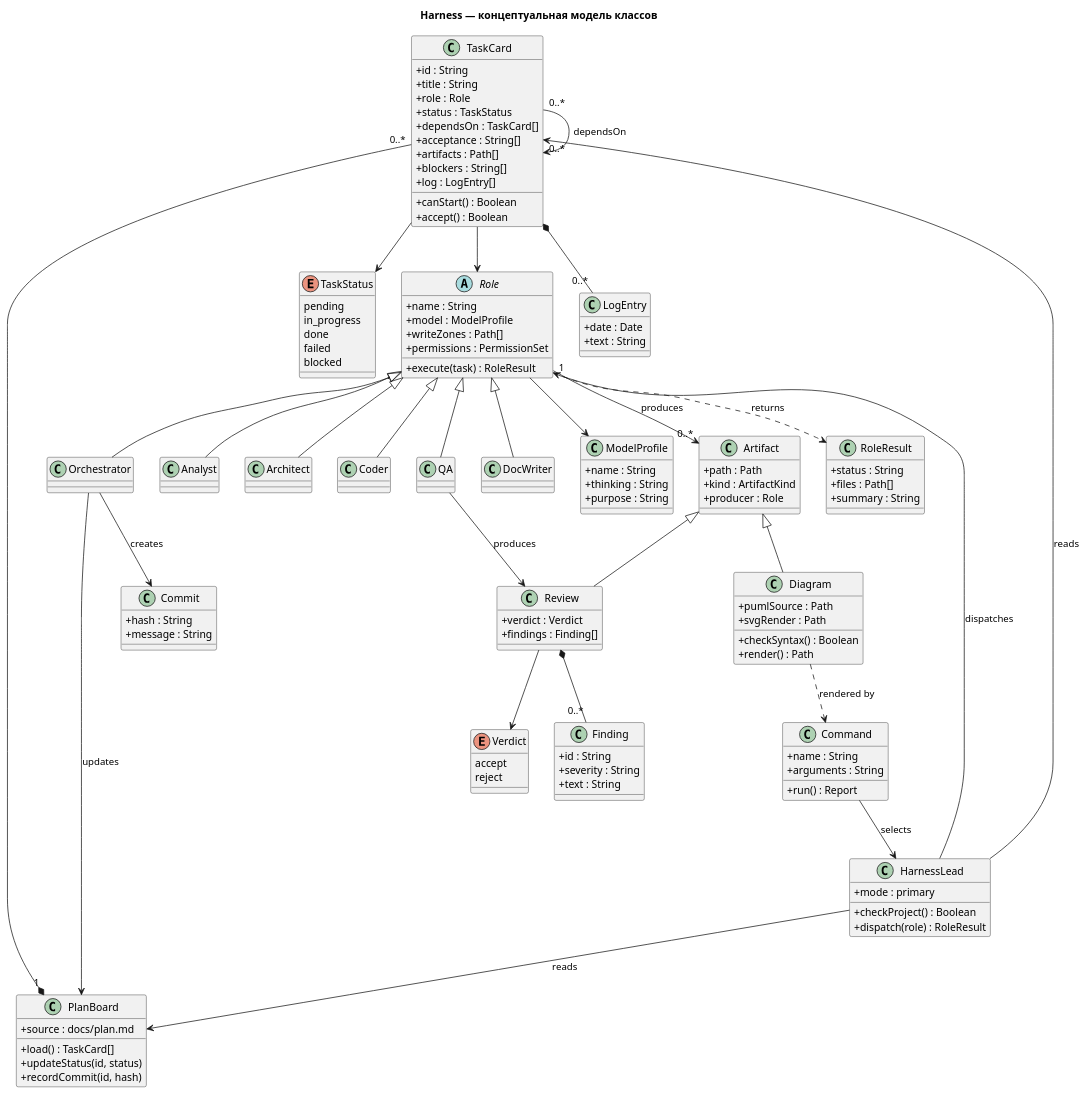
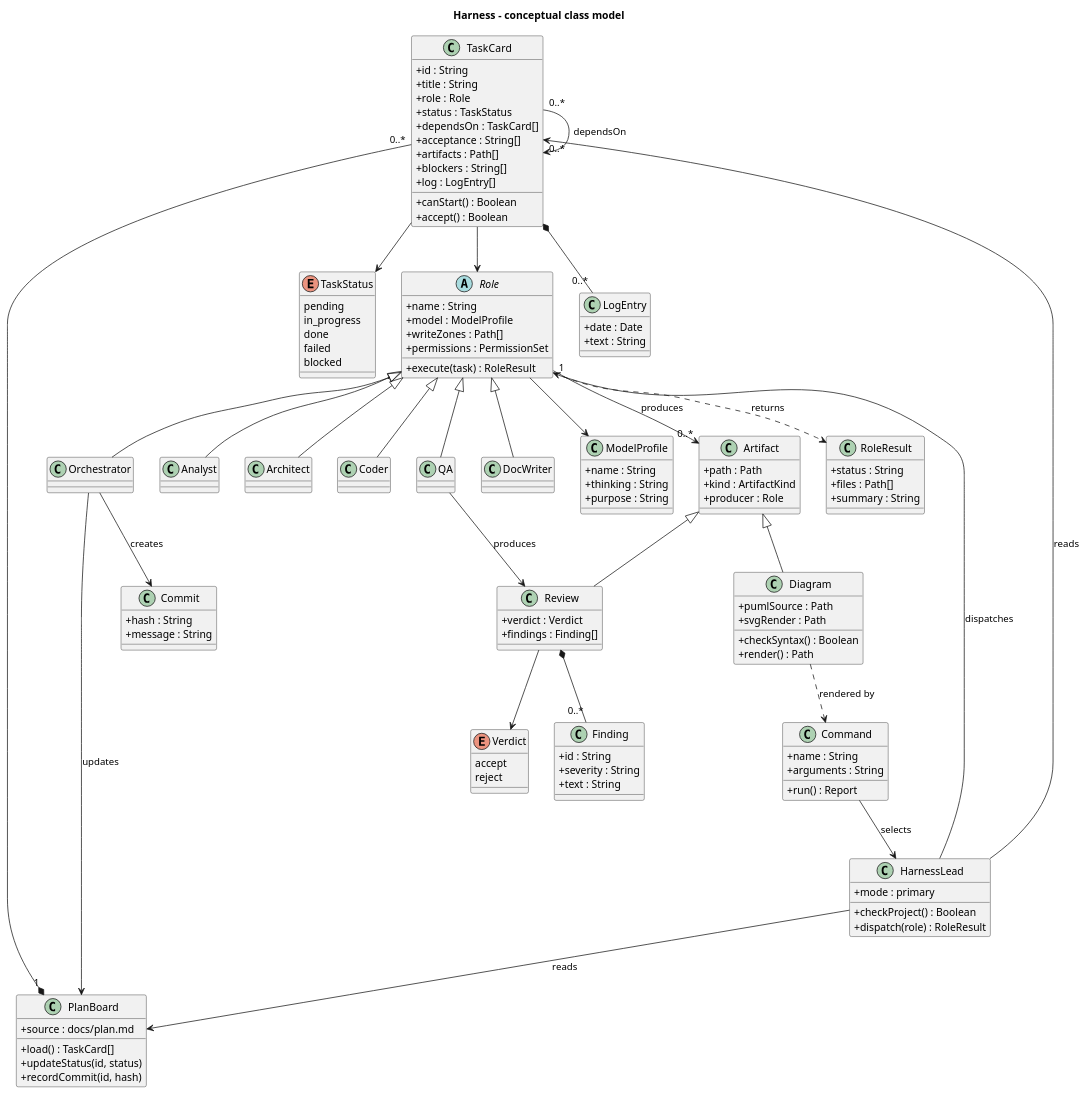
Before and after one commit to serge-sasov/harness: the diagram in docs/description/diagrams/class-harness.puml, drawn with PlantUML. The commit also changed 62 other files, not shown here.

```diff
--- a/docs/description/diagrams/class-harness.puml
+++ b/docs/description/diagrams/class-harness.puml
@@ -1,139 +1,139 @@
 @startuml
 skinparam defaultFontName Segoe UI
 skinparam classAttributeIconSize 0
-title Harness — концептуальная модель классов
+title Harness - conceptual class model
 
 enum TaskStatus {
   pending
   in_progress
   done
   failed
   blocked
 }
 
 enum Verdict {
   accept
   reject
 }
 
 class PlanBoard {
   +source : docs/plan.md
   +load() : TaskCard[]
   +updateStatus(id, status)
   +recordCommit(id, hash)
 }
 
 class TaskCard {
   +id : String
   +title : String
   +role : Role
   +status : TaskStatus
   +dependsOn : TaskCard[]
   +acceptance : String[]
   +artifacts : Path[]
   +blockers : String[]
   +log : LogEntry[]
   +canStart() : Boolean
   +accept() : Boolean
 }
 
 abstract class Role {
   +name : String
   +model : ModelProfile
   +writeZones : Path[]
   +permissions : PermissionSet
   +execute(task) : RoleResult
 }
 
 class Orchestrator
 class Analyst
 class Architect
 class Coder
 class QA
 class DocWriter
 
 class ModelProfile {
   +name : String
   +thinking : String
   +purpose : String
 }
 
 class Artifact {
   +path : Path
   +kind : ArtifactKind
   +producer : Role
 }
 
 class Diagram {
   +pumlSource : Path
   +svgRender : Path
   +checkSyntax() : Boolean
   +render() : Path
 }
 
 class Review {
   +verdict : Verdict
   +findings : Finding[]
 }
 
 class Commit {
   +hash : String
   +message : String
 }
 
 class Command {
   +name : String
   +arguments : String
   +run() : Report
 }
 
 class HarnessLead {
   +mode : primary
   +checkProject() : Boolean
   +dispatch(role) : RoleResult
 }
 
 class LogEntry {
   +date : Date
   +text : String
 }
 
 class RoleResult {
   +status : String
   +files : Path[]
   +summary : String
 }
 
 class Finding {
   +id : String
   +severity : String
   +text : String
 }
 
 Role <|-- Orchestrator
 Role <|-- Analyst
 Role <|-- Architect
 Role <|-- Coder
 Role <|-- QA
 Role <|-- DocWriter
 Role --> ModelProfile
 Role ..> RoleResult : returns
 TaskCard --> Role
 TaskCard --> TaskStatus
 TaskCard "0..*" --> "0..*" TaskCard : dependsOn
 TaskCard *-- "0..*" LogEntry
 PlanBoard "1" *-- "0..*" TaskCard
 Role "1" --> "0..*" Artifact : produces
 Artifact <|-- Diagram
 Artifact <|-- Review
 Review --> Verdict
 Review *-- "0..*" Finding
 Orchestrator --> PlanBoard : updates
 Orchestrator --> Commit : creates
 Command --> HarnessLead : selects
 HarnessLead --> Role : dispatches
 HarnessLead --> PlanBoard : reads
 HarnessLead --> TaskCard : reads
 QA --> Review : produces
 Diagram ..> Command : rendered by
 @enduml
```
